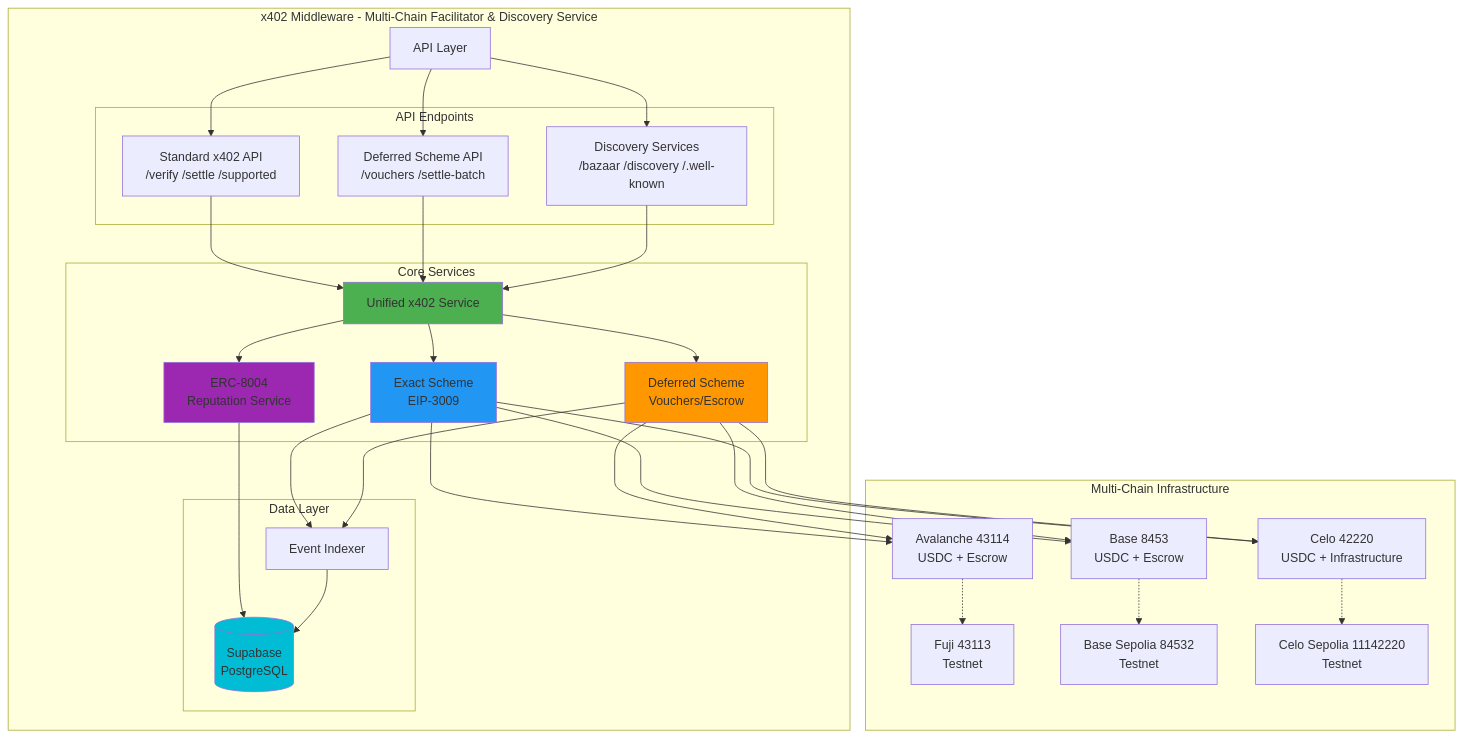
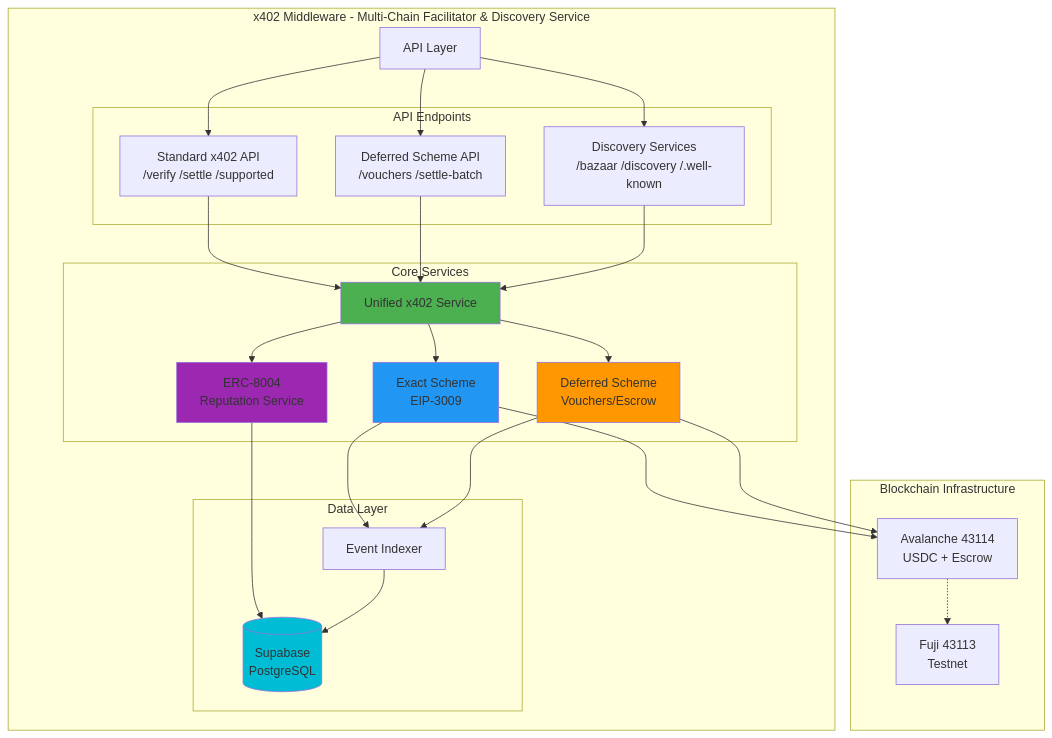
The first of 4 diagrams in README.md (PerkOS-xyz/Stack), drawn with Mermaid before and after one commit. The commit also changed other lines of this file, not shown here.

````diff
--- a/README.md
+++ b/README.md
@@ -296,69 +294,56 @@
 ```mermaid
 graph TB
     subgraph "x402 Middleware - Multi-Chain Facilitator & Discovery Service"
         API[API Layer]
 
         subgraph "API Endpoints"
             X402[Standard x402 API<br/>/verify /settle /supported]
             DEFER[Deferred Scheme API<br/>/vouchers /settle-batch]
             DISC[Discovery Services<br/>/bazaar /discovery /.well-known]
         end
 
         API --> X402
         API --> DEFER
         API --> DISC
 
         subgraph "Core Services"
             X402SVC[Unified x402 Service]
             EXACT[Exact Scheme<br/>EIP-3009]
             DEFERRED[Deferred Scheme<br/>Vouchers/Escrow]
             ERC8004[ERC-8004<br/>Reputation Service]
         end
 
         X402 --> X402SVC
         DEFER --> X402SVC
         DISC --> X402SVC
 
         X402SVC --> EXACT
         X402SVC --> DEFERRED
         X402SVC --> ERC8004
 
         subgraph "Data Layer"
             SUPABASE[(Supabase<br/>PostgreSQL)]
             INDEXER[Event Indexer]
         end
 
         EXACT --> INDEXER
         DEFERRED --> INDEXER
         ERC8004 --> SUPABASE
         INDEXER --> SUPABASE
     end
 
-    subgraph "Multi-Chain Infrastructure"
+    subgraph "Blockchain Infrastructure"
         AVAX[Avalanche 43114<br/>USDC + Escrow]
-        BASE[Base 8453<br/>USDC + Escrow]
-        CELO[Celo 42220<br/>USDC + Infrastructure]
-
         AVAX_TEST[Fuji 43113<br/>Testnet]
-        BASE_TEST[Base Sepolia 84532<br/>Testnet]
-        CELO_TEST[Celo Sepolia 11142220<br/>Testnet]
     end
 
     EXACT --> AVAX
-    EXACT --> BASE
-    EXACT --> CELO
-
     DEFERRED --> AVAX
-    DEFERRED --> BASE
-    DEFERRED --> CELO
-
     AVAX -.-> AVAX_TEST
-    BASE -.-> BASE_TEST
-    CELO -.-> CELO_TEST
 
     style X402SVC fill:#4CAF50
     style EXACT fill:#2196F3
     style DEFERRED fill:#FF9800
     style ERC8004 fill:#9C27B0
     style SUPABASE fill:#00BCD4
 ```
````
